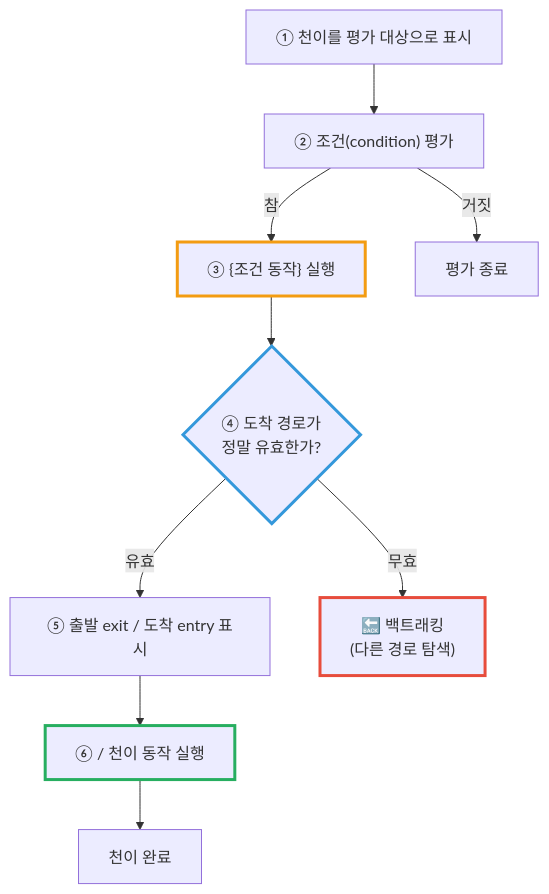
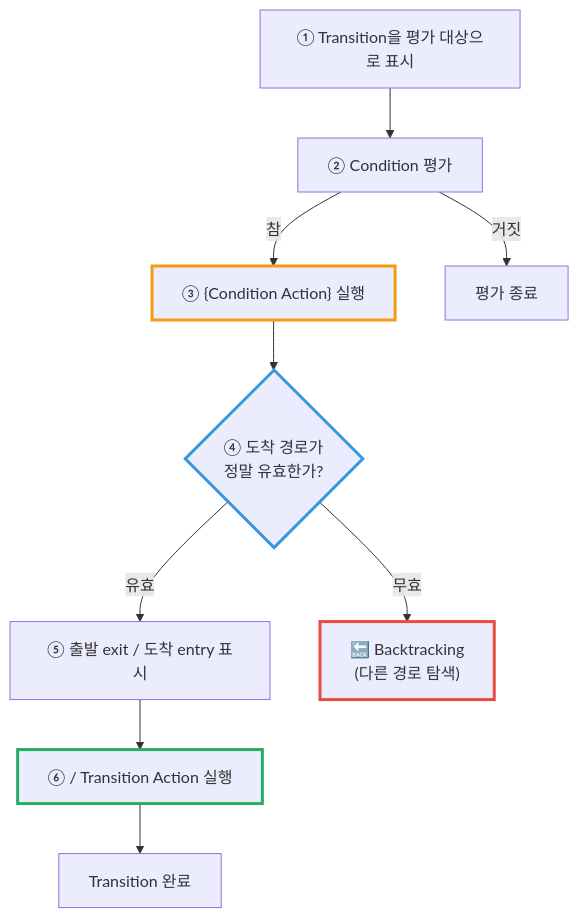
Before and after one commit to genie4youu/genie4youu.github.io: the first of 3 diagrams in _posts/2026-07-14-stateflow-condition-action-vs-transition-action.md, drawn with Mermaid. The commit also changed other lines of this file and 12 other files, not shown here.

````diff
--- a/_posts/2026-07-14-stateflow-condition-action-vs-transition-action.md
+++ b/_posts/2026-07-14-stateflow-condition-action-vs-transition-action.md
@@ -32,16 +31,16 @@
 ```mermaid
 flowchart TD
-    A["① 천이를 평가 대상으로 표시"] --> B["② 조건(condition) 평가"]
-    B -->|"참"| C["③ {조건 동작} 실행"]
+    A["① Transition을 평가 대상으로 표시"] --> B["② Condition 평가"]
+    B -->|"참"| C["③ {Condition Action} 실행"]
     B -->|"거짓"| Z["평가 종료"]
     C --> D{"④ 도착 경로가<br/>정말 유효한가?"}
     D -->|"유효"| E["⑤ 출발 exit / 도착 entry 표시"]
-    E --> F["⑥ / 천이 동작 실행"]
-    F --> G["천이 완료"]
-    D -->|"무효"| H["🔙 백트래킹<br/>(다른 경로 탐색)"]
+    E --> F["⑥ / Transition Action 실행"]
+    F --> G["Transition 완료"]
+    D -->|"무효"| H["🔙 Backtracking<br/>(다른 경로 탐색)"]
 
     style C stroke:#f39c12,stroke-width:3px
     style D stroke:#3498db,stroke-width:3px
     style F stroke:#27ae60,stroke-width:3px
     style H stroke:#e74c3c,stroke-width:3px
 ```
````
